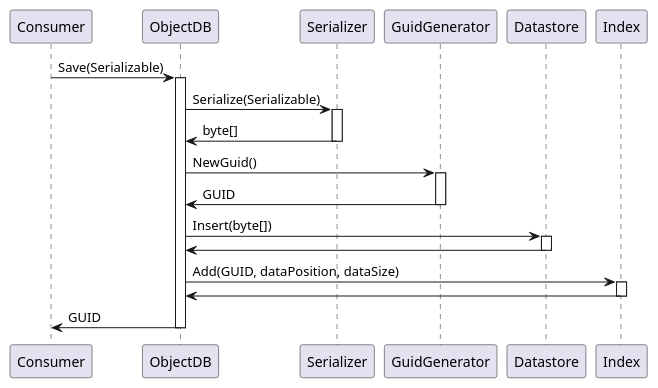
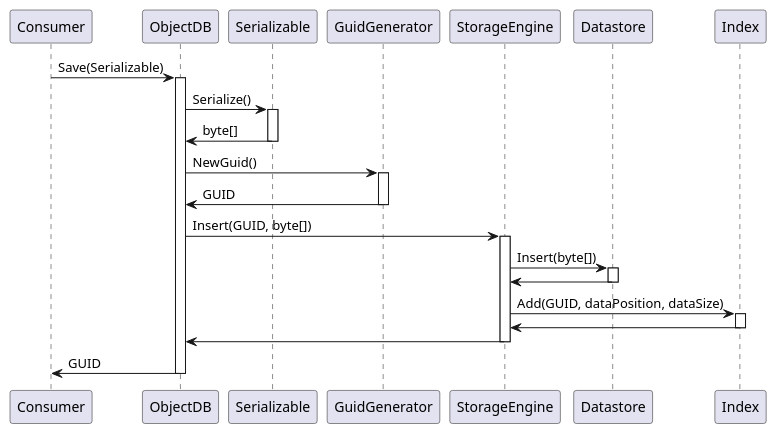
The diagram in doc/sd-create.puml (markus-wa/ObjectOrientedDB), drawn with PlantUML before and after one commit.

```diff
--- a/doc/sd-create.puml
+++ b/doc/sd-create.puml
@@ -1,25 +1,29 @@
 @startuml
 participant Consumer
 participant ObjectDB
-participant Serializer
+participant Serializable
 participant GuidGenerator
+participant StorageEngine
 participant Datastore
 participant Index
 
 Consumer -> ObjectDB ++: Save(Serializable)
 
-ObjectDB  -> Serializer ++: Serialize(Serializable)
-Serializer -> ObjectDB --: byte[]
+ObjectDB  -> Serializable ++: Serialize()
+Serializable -> ObjectDB --: byte[]
 
 ObjectDB -> GuidGenerator ++: NewGuid()
+
 GuidGenerator -> ObjectDB --: GUID
 
-ObjectDB -> Datastore ++: Insert(byte[])
-Datastore -> ObjectDB --
+ObjectDB -> StorageEngine ++: Insert(GUID, byte[])
+StorageEngine -> Datastore ++: Insert(byte[])
+Datastore -> StorageEngine --
 
-ObjectDB -> Index ++: Add(GUID, dataPosition, dataSize)
-Index -> ObjectDB --
+StorageEngine -> Index ++: Add(GUID, dataPosition, dataSize)
+Index -> StorageEngine --
+StorageEngine -> ObjectDB --
 
 ObjectDB -> Consumer --: GUID
 
 @enduml
```
